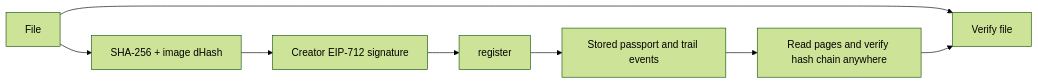
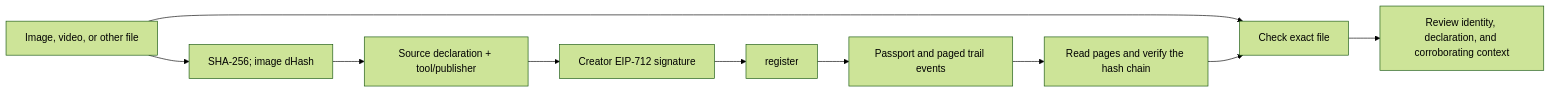
The diagram in README.md (utkarsh-wadalkar/ProvenanceX), drawn with Mermaid (forest theme) before and after one commit. The commit also changed other lines of this file and 4 other files, not shown here.

````diff
--- a/README.md
+++ b/README.md
@@ -37,10 +31,12 @@
 ```mermaid
 flowchart LR
-    A[File] --> B[SHA-256 + image dHash]
-    B --> C[Creator EIP-712 signature]
-    C --> D[register]
-    D --> E[Stored passport and trail events]
-    E --> F[Read pages and verify hash chain anywhere]
-    A --> G[Verify file]
-    F --> G
+    A[Image, video, or other file] --> B[SHA-256; image dHash]
+    B --> C[Source declaration + tool/publisher]
+    C --> D[Creator EIP-712 signature]
+    D --> E[register]
+    E --> F[Passport and paged trail events]
+    F --> G[Read pages and verify the hash chain]
+    A --> H[Check exact file]
+    G --> H
+    H --> I[Review identity, declaration, and corroborating context]
 ```
````
